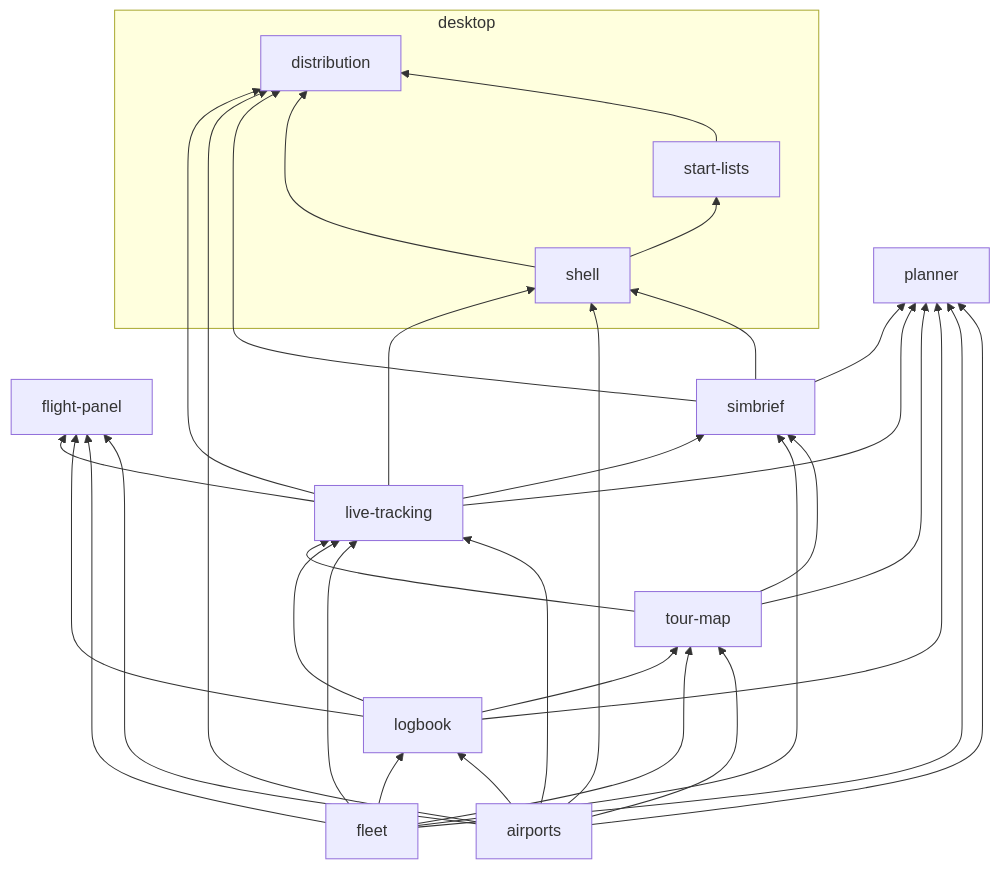
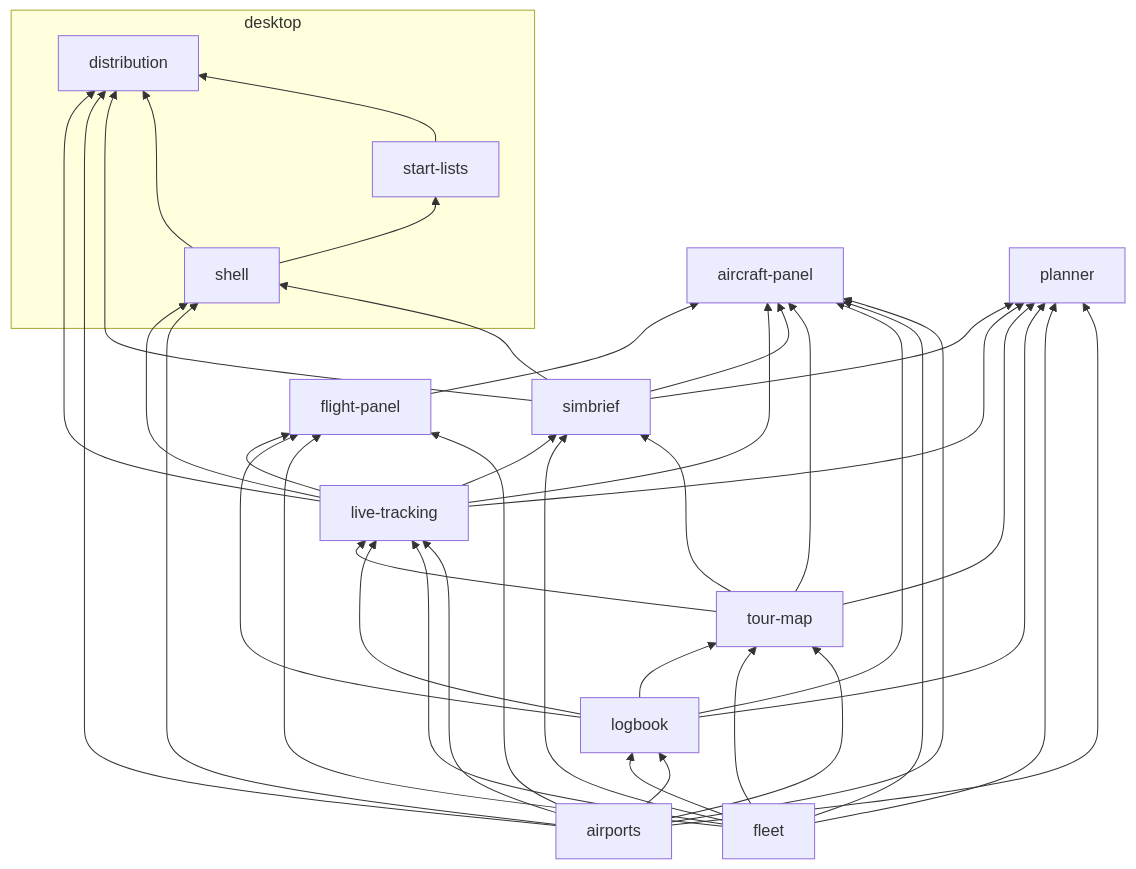
Before and after one commit to SharpWave/msfs-career-map: the second of 2 diagrams in docs/high-level-design.md, drawn with Mermaid. The commit also changed other lines of this file and 62 other files, not shown here.

````diff
--- a/docs/high-level-design.md
+++ b/docs/high-level-design.md
@@ -212,39 +215,46 @@
 ```mermaid
 flowchart BT
   fleet --> logbook
   airports --> logbook
   logbook --> tourmap["tour-map"]
   fleet --> tourmap
   airports --> tourmap
   tourmap --> live["live-tracking"]
   logbook --> live
   fleet --> live
   airports --> live
   live --> panel["flight-panel"]
   logbook --> panel
   fleet --> panel
   airports --> panel
   live --> simbrief
   fleet --> simbrief
   tourmap --> simbrief
+  panel --> acpanel["aircraft-panel"]
+  live --> acpanel
+  simbrief --> acpanel
+  tourmap --> acpanel
+  logbook --> acpanel
+  fleet --> acpanel
+  airports --> acpanel
   simbrief --> planner
   live --> planner
   tourmap --> planner
   logbook --> planner
   fleet --> planner
   airports --> planner
   subgraph desktop
     shell
     startlists["start-lists"]
     distribution
   end
   live --> shell
   airports --> shell
   simbrief --> shell
   live --> distribution
   airports --> distribution
   simbrief --> distribution
   shell --> startlists
   shell --> distribution
   startlists --> distribution
 ```
````
